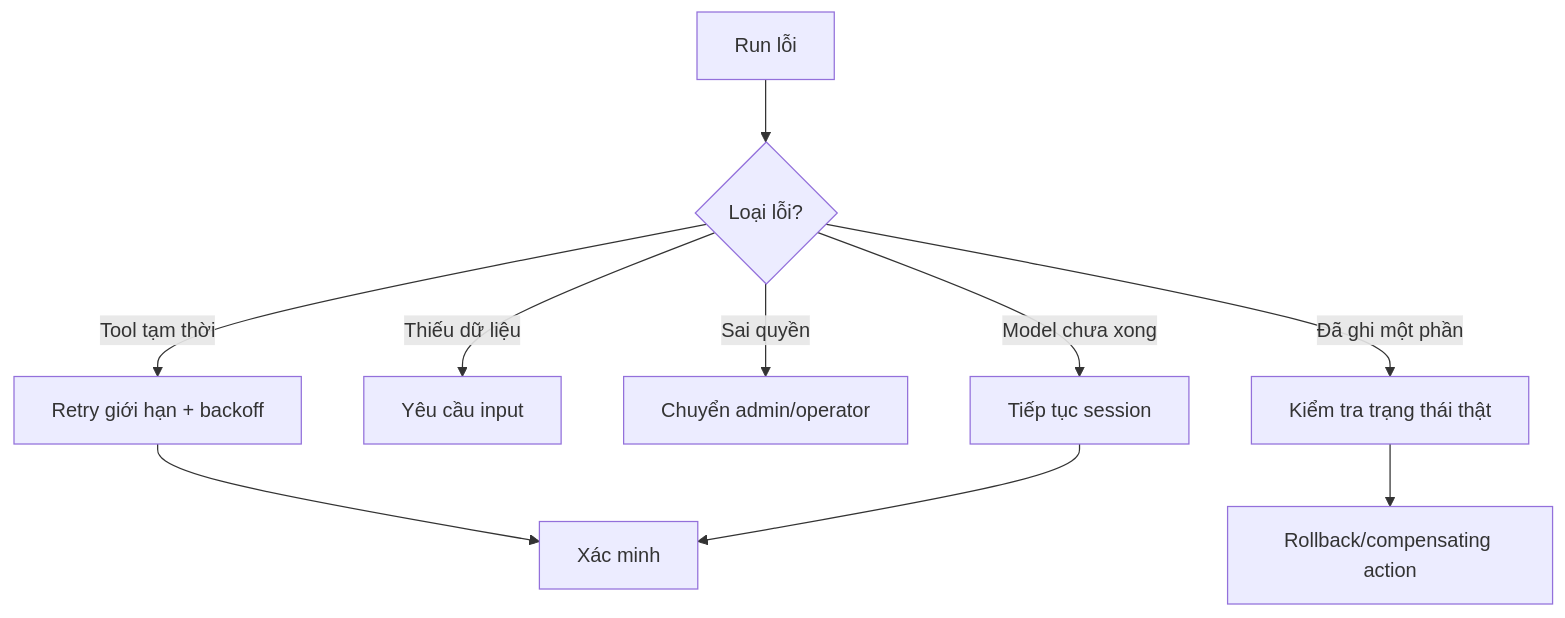
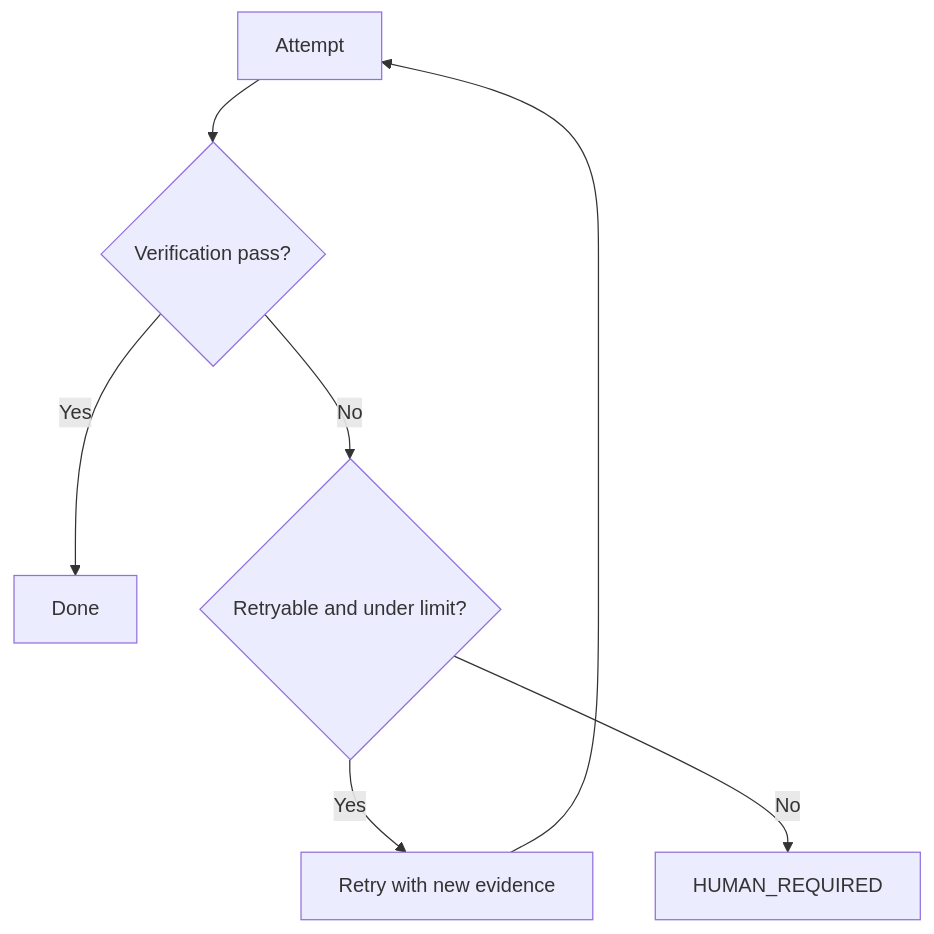
Before and after one commit to huynv-xyz/vhm: diagram 12 of 15 in OPENAI_AGENTS_GUIDE_VI.md, drawn with Mermaid. The commit also changed other lines of this file, not shown here.

````diff
--- a/OPENAI_AGENTS_GUIDE_VI.md
+++ b/OPENAI_AGENTS_GUIDE_VI.md
@@ -417,12 +700,9 @@
 ```mermaid
 flowchart TD
-    F[Run lỗi] --> C{Loại lỗi?}
-    C -->|Tool tạm thời| R[Retry giới hạn + backoff]
-    C -->|Thiếu dữ liệu| A[Yêu cầu input]
-    C -->|Sai quyền| E[Chuyển admin/operator]
-    C -->|Đã ghi một phần| S[Kiểm tra trạng thái thật]
-    S --> CP[Rollback/compensating action]
-    C -->|Model chưa xong| CT[Tiếp tục session]
-    R --> V[Xác minh]
-    CT --> V
+    A[Attempt] --> S{Verification pass?}
+    S -- Yes --> D[Done]
+    S -- No --> R{Retryable and under limit?}
+    R -- Yes --> E[Retry with new evidence]
+    E --> A
+    R -- No --> H[HUMAN_REQUIRED]
 ```
````
